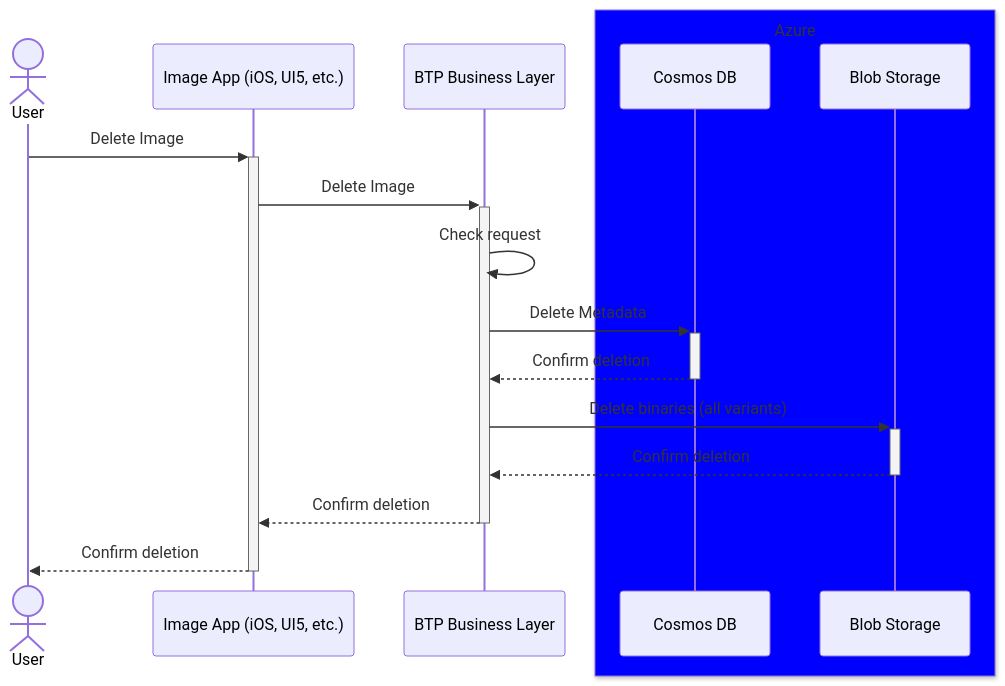
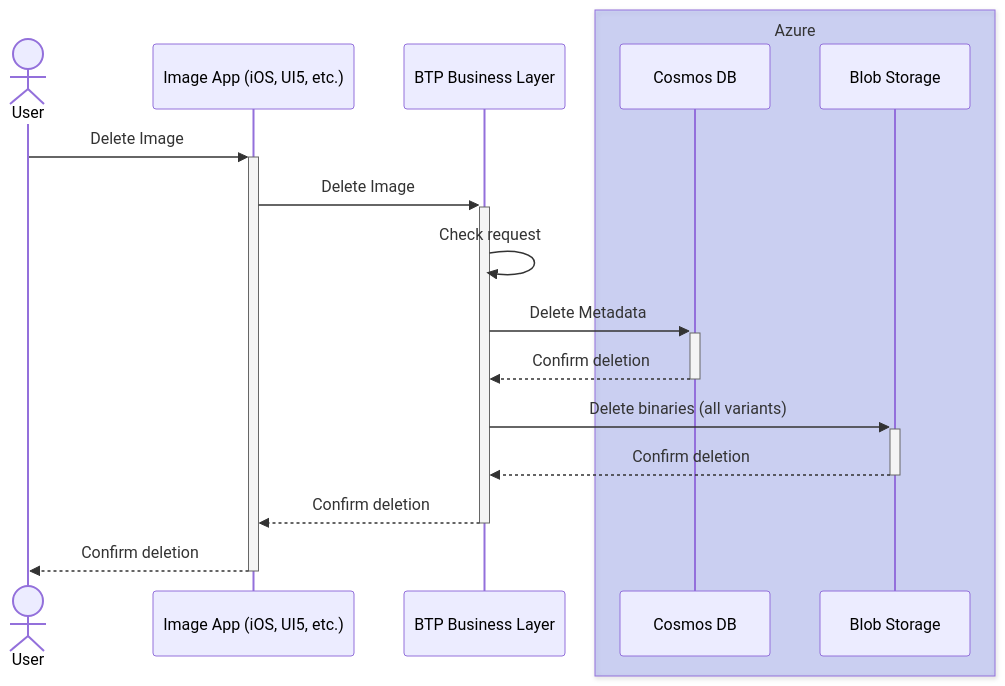
The third of 4 diagrams in docu/ep6 - API for materials/ep6.md (ainadur/-schindler-multipicture_docu), drawn with Mermaid before and after one commit. The commit also changed other lines of this file and 16 other files, not shown here.

````diff
--- a/docu/ep6 - API for materials/ep6.md
+++ b/docu/ep6 - API for materials/ep6.md
@@ -86,20 +88,20 @@
 ```mermaid
 sequenceDiagram
   actor User
   participant App as Image App (iOS, UI5, etc.)
   participant BTP as BTP Business Layer
-  box blue Azure
+  box rgba(47, 70, 241, 0.2) Azure
   participant Cosmos as Cosmos DB
   participant Blob as Blob Storage
   end
 
   User->>+App: Delete Image
   App->>+BTP: Delete Image
   BTP->>BTP: Check request
   BTP->>+Cosmos: Delete Metadata
   Cosmos-->>-BTP: Confirm deletion
   BTP->>+Blob: Delete binaries (all variants)
   Blob-->>-BTP: Confirm deletion
   BTP-->>-App: Confirm deletion
   App-->>-User: Confirm deletion
 ```
````
